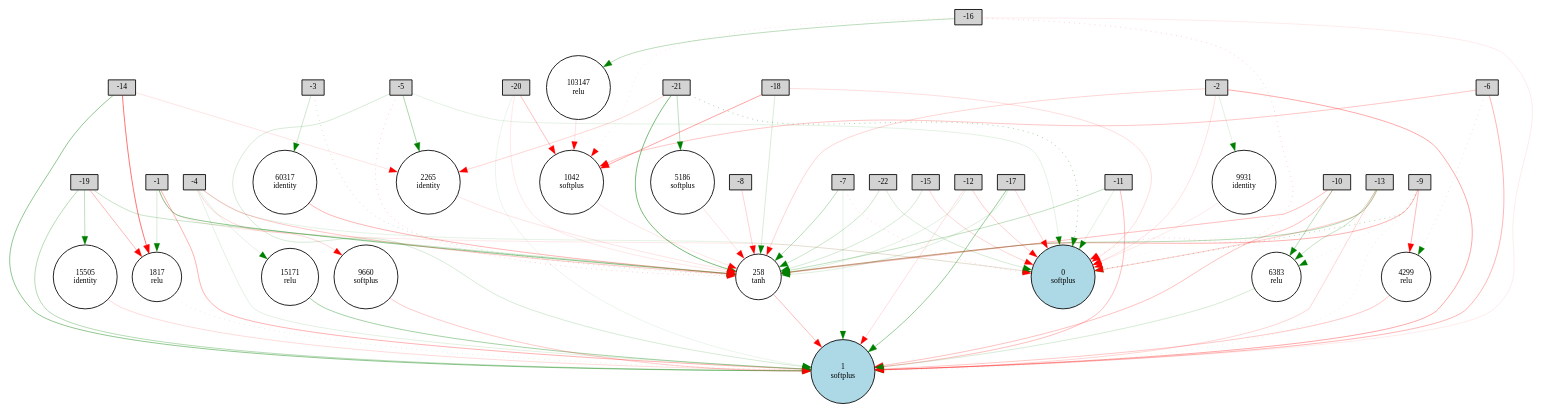
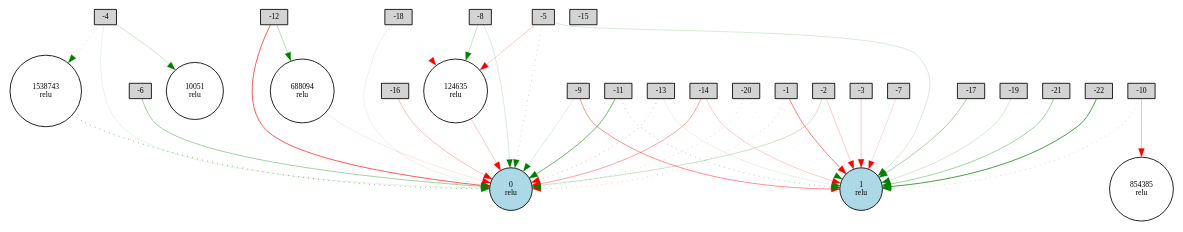
Before and after one commit to winatawelly/skripsi: the diagram in code/Digraph.gv, drawn with Graphviz. The commit also changed 35 other files, not shown here.

```diff
--- a/code/Digraph.gv
+++ b/code/Digraph.gv
@@ -1,141 +1,78 @@
 digraph {
 	node [fontsize=9 height=0.2 shape=circle width=0.2]
 	A [label=-1 fillcolor=lightgray shape=box style=filled]
 	B [label=-2 fillcolor=lightgray shape=box style=filled]
 	-3 [label=-3 fillcolor=lightgray shape=box style=filled]
 	-4 [label=-4 fillcolor=lightgray shape=box style=filled]
 	-5 [label=-5 fillcolor=lightgray shape=box style=filled]
 	-6 [label=-6 fillcolor=lightgray shape=box style=filled]
 	-7 [label=-7 fillcolor=lightgray shape=box style=filled]
 	-8 [label=-8 fillcolor=lightgray shape=box style=filled]
 	-9 [label=-9 fillcolor=lightgray shape=box style=filled]
 	-10 [label=-10 fillcolor=lightgray shape=box style=filled]
 	-11 [label=-11 fillcolor=lightgray shape=box style=filled]
 	-12 [label=-12 fillcolor=lightgray shape=box style=filled]
 	-13 [label=-13 fillcolor=lightgray shape=box style=filled]
 	-14 [label=-14 fillcolor=lightgray shape=box style=filled]
 	-15 [label=-15 fillcolor=lightgray shape=box style=filled]
 	-16 [label=-16 fillcolor=lightgray shape=box style=filled]
 	-17 [label=-17 fillcolor=lightgray shape=box style=filled]
 	-18 [label=-18 fillcolor=lightgray shape=box style=filled]
 	-19 [label=-19 fillcolor=lightgray shape=box style=filled]
 	-20 [label=-20 fillcolor=lightgray shape=box style=filled]
 	-21 [label=-21 fillcolor=lightgray shape=box style=filled]
 	-22 [label=-22 fillcolor=lightgray shape=box style=filled]
 	"A XOR B" [label="0
-softplus" fillcolor=lightblue style=filled]
+relu" fillcolor=lightblue style=filled]
 	1 [label="1
-softplus" fillcolor=lightblue style=filled]
-	258 [label="258
-tanh" fillcolor=white style=filled]
-	5186 [label="5186
-softplus" fillcolor=white style=filled]
-	2265 [label="2265
-identity" fillcolor=white style=filled]
-	15171 [label="15171
+relu" fillcolor=lightblue style=filled]
+	10051 [label="10051
 relu" fillcolor=white style=filled]
-	4299 [label="4299
+	854385 [label="854385
 relu" fillcolor=white style=filled]
-	9931 [label="9931
-identity" fillcolor=white style=filled]
-	103147 [label="103147
+	1538743 [label="1538743
 relu" fillcolor=white style=filled]
-	6383 [label="6383
+	124635 [label="124635
 relu" fillcolor=white style=filled]
-	15505 [label="15505
-identity" fillcolor=white style=filled]
-	1042 [label="1042
-softplus" fillcolor=white style=filled]
-	1817 [label="1817
+	688094 [label="688094
 relu" fillcolor=white style=filled]
-	9660 [label="9660
-softplus" fillcolor=white style=filled]
-	60317 [label="60317
-identity" fillcolor=white style=filled]
-	-10 -> "A XOR B" [color=red penwidth=0.11422329236710461 style=dotted]
-	-18 -> "A XOR B" [color=red penwidth=0.1624012376845564 style=solid]
-	-12 -> 258 [color=green penwidth=0.14300324413208818 style=solid]
-	-9 -> 258 [color=red penwidth=0.3627232874594861 style=solid]
-	-12 -> "A XOR B" [color=red penwidth=0.22745437782277397 style=solid]
-	-22 -> "A XOR B" [color=green penwidth=0.1918356564377236 style=solid]
-	-5 -> 1 [color=green penwidth=0.18636498037080906 style=solid]
-	A -> "A XOR B" [color=red penwidth=0.10597807123718175 style=solid]
-	-6 -> 1 [color=red penwidth=0.3373299191223935 style=solid]
-	-14 -> 1 [color=green penwidth=0.5128916395307542 style=solid]
-	-9 -> 1 [color=green penwidth=0.13746836989077385 style=dotted]
-	-15 -> "A XOR B" [color=red penwidth=0.19765664653137288 style=solid]
-	-17 -> "A XOR B" [color=red penwidth=0.19098022644435092 style=solid]
-	-18 -> 258 [color=green penwidth=0.1783095911388061 style=solid]
-	-7 -> 1 [color=green penwidth=0.13643539214520758 style=solid]
-	-22 -> 258 [color=green penwidth=0.2393533862855512 style=solid]
-	-16 -> 1 [color=red penwidth=0.10081621480621512 style=solid]
-	-17 -> 1 [color=green penwidth=0.4705233659966376 style=solid]
-	-4 -> 1 [color=green penwidth=0.14051362812225465 style=solid]
-	-9 -> "A XOR B" [color=green penwidth=0.4056211115364057 style=dotted]
-	-19 -> 1 [color=green penwidth=0.3368346287333135 style=solid]
-	-11 -> 1 [color=red penwidth=0.30079348851148546 style=solid]
-	-21 -> 258 [color=green penwidth=0.622753820811408 style=solid]
-	-21 -> "A XOR B" [color=green penwidth=0.4689927215261761 style=dotted]
-	-7 -> 258 [color=green penwidth=0.3161361575366691 style=solid]
-	A -> 1 [color=red penwidth=0.3642727762463811 style=solid]
-	-15 -> 258 [color=green penwidth=0.20034582310605634 style=solid]
-	-10 -> 1 [color=red penwidth=0.2910527418711341 style=solid]
-	B -> 1 [color=red penwidth=0.4022171227586585 style=solid]
-	-5 -> "A XOR B" [color=green penwidth=0.13165564348290004 style=solid]
-	-3 -> 258 [color=green penwidth=0.264915692012074 style=dotted]
-	-13 -> "A XOR B" [color=red penwidth=0.23604211206842482 style=solid]
-	-8 -> 258 [color=red penwidth=0.21113002466090616 style=solid]
-	-13 -> 1 [color=red penwidth=0.20101840843813618 style=solid]
-	-20 -> 1 [color=green penwidth=0.1035798294932492 style=solid]
-	-11 -> 258 [color=green penwidth=0.28989935946531903 style=solid]
-	B -> 258 [color=red penwidth=0.203370139137531 style=solid]
-	B -> "A XOR B" [color=red penwidth=0.13993382205185517 style=solid]
-	-16 -> "A XOR B" [color=red penwidth=0.22901265001958346 style=dotted]
-	-11 -> "A XOR B" [color=green penwidth=0.14456968335288767 style=solid]
-	-12 -> 1 [color=red penwidth=0.1559692484804835 style=solid]
-	-19 -> 258 [color=green penwidth=0.2630107795854978 style=solid]
-	258 -> 1 [color=red penwidth=0.323337069852601 style=solid]
-	-20 -> 258 [color=red penwidth=0.11414397824615102 style=solid]
-	-17 -> 258 [color=green penwidth=0.15558981477163675 style=solid]
-	-4 -> "A XOR B" [color=green penwidth=0.13178276357957958 style=solid]
-	-5 -> 258 [color=red penwidth=0.24919420855090144 style=dotted]
-	-7 -> "A XOR B" [color=red penwidth=0.22021299453020876 style=dotted]
-	-18 -> 1042 [color=red penwidth=0.42759014799306516 style=solid]
-	1042 -> 258 [color=red penwidth=0.11634276461107879 style=solid]
-	-14 -> 1817 [color=red penwidth=0.6425935233104593 style=solid]
-	1817 -> 1 [color=green penwidth=0.1639676038095167 style=dotted]
-	-6 -> 1042 [color=red penwidth=0.2718347132501986 style=solid]
-	-5 -> 2265 [color=green penwidth=0.3787121344694033 style=solid]
-	2265 -> 258 [color=red penwidth=0.12911562012049185 style=solid]
-	-19 -> 1817 [color=red penwidth=0.334300931319895 style=solid]
-	-4 -> 258 [color=red penwidth=0.2654676760300836 style=solid]
-	-6 -> 4299 [color=green penwidth=0.1801788583501423 style=dotted]
-	4299 -> 1 [color=red penwidth=0.25959248455719625 style=solid]
-	-20 -> 1042 [color=red penwidth=0.29252866728866644 style=solid]
-	-21 -> 5186 [color=green penwidth=0.2968903484211539 style=solid]
-	5186 -> 258 [color=red penwidth=0.13780083948257776 style=solid]
-	-9 -> 4299 [color=red penwidth=0.32446584533172806 style=solid]
-	-13 -> 258 [color=green penwidth=0.33721615575741115 style=solid]
-	-9 -> 6383 [color=green penwidth=0.1319646453067867 style=dotted]
-	6383 -> 1 [color=green penwidth=0.18621681570480347 style=solid]
-	-16 -> 1042 [color=red penwidth=0.1401842717976979 style=dotted]
-	-10 -> 258 [color=red penwidth=0.3148116500548225 style=solid]
-	A -> 1817 [color=green penwidth=0.17525067103175712 style=solid]
-	-4 -> 9660 [color=red penwidth=0.19060708562231732 style=solid]
-	9660 -> 1 [color=red penwidth=0.2472227892217481 style=solid]
-	B -> 9931 [color=green penwidth=0.1407865755551366 style=solid]
-	9931 -> "A XOR B" [color=red penwidth=0.11343402908297845 style=solid]
-	A -> 258 [color=green penwidth=0.5183881752278274 style=solid]
-	-14 -> 2265 [color=red penwidth=0.1281159160878667 style=solid]
-	-21 -> 2265 [color=red penwidth=0.20058902822856112 style=solid]
-	-4 -> 15171 [color=green penwidth=0.12673408739441933 style=solid]
-	15171 -> 1 [color=green penwidth=0.42074029714970507 style=solid]
-	-19 -> 15505 [color=green penwidth=0.31123453733990303 style=solid]
-	15505 -> 1 [color=red penwidth=0.17289277852628246 style=solid]
-	-3 -> 60317 [color=green penwidth=0.22533131066643305 style=solid]
-	60317 -> 258 [color=red penwidth=0.3358319701197987 style=solid]
-	-10 -> 6383 [color=green penwidth=0.3197356760044596 style=solid]
-	-13 -> 6383 [color=green penwidth=0.2671735878596855 style=solid]
-	-16 -> 103147 [color=green penwidth=0.3197296209227874 style=solid]
-	103147 -> 1042 [color=red penwidth=0.12967422791510047 style=solid]
+	-20 -> "A XOR B" [color=green penwidth=0.27573611697682476 style=dotted]
+	-13 -> "A XOR B" [color=red penwidth=0.423797793093593 style=dotted]
+	-12 -> "A XOR B" [color=red penwidth=0.7666019499684178 style=solid]
+	B -> 1 [color=red penwidth=0.24885878086333357 style=solid]
+	-8 -> "A XOR B" [color=green penwidth=0.17946127278682966 style=solid]
+	-5 -> 1 [color=green penwidth=0.18850544234453998 style=solid]
+	A -> 1 [color=red penwidth=0.6026462844220042 style=solid]
+	-22 -> 1 [color=green penwidth=0.8597790269715105 style=solid]
+	-5 -> "A XOR B" [color=green penwidth=0.35603888375413484 style=dotted]
+	-16 -> "A XOR B" [color=red penwidth=0.31667024790855397 style=solid]
+	A -> "A XOR B" [color=red penwidth=0.33365123491782256 style=dotted]
+	-6 -> "A XOR B" [color=green penwidth=0.4333768052174155 style=solid]
+	-14 -> 1 [color=red penwidth=0.23969772222224697 style=solid]
+	-10 -> 1 [color=green penwidth=0.2653563726324544 style=dotted]
+	-7 -> 1 [color=red penwidth=0.17738967023410668 style=solid]
+	-9 -> "A XOR B" [color=green penwidth=0.16692269747354274 style=solid]
+	B -> "A XOR B" [color=green penwidth=0.2736595516165684 style=solid]
+	-11 -> "A XOR B" [color=green penwidth=0.6683689777535323 style=solid]
+	-14 -> "A XOR B" [color=red penwidth=0.44096921309904213 style=solid]
+	-3 -> 1 [color=red penwidth=0.2618062791863026 style=solid]
+	-4 -> "A XOR B" [color=green penwidth=0.11510340903304785 style=solid]
+	-9 -> 1 [color=red penwidth=0.5249096726412488 style=solid]
+	-20 -> 1 [color=green penwidth=0.1600938634666329 style=dotted]
+	-19 -> 1 [color=green penwidth=0.21111005387739668 style=solid]
+	-17 -> 1 [color=green penwidth=0.40932281789636105 style=solid]
+	-13 -> 1 [color=green penwidth=0.12928582403235273 style=solid]
+	-18 -> "A XOR B" [color=green penwidth=0.11817206930077209 style=solid]
+	-11 -> 1 [color=green penwidth=0.455888779568989 style=dotted]
+	-4 -> 10051 [color=green penwidth=0.23693271200788366 style=solid]
+	-21 -> 1 [color=green penwidth=0.42375845473337614 style=solid]
+	-8 -> 124635 [color=green penwidth=0.2543585014480717 style=solid]
+	124635 -> "A XOR B" [color=red penwidth=0.27129834224793226 style=solid]
+	-12 -> 688094 [color=green penwidth=0.31319863596433895 style=solid]
+	688094 -> "A XOR B" [color=red penwidth=0.13320183955867232 style=solid]
+	-10 -> 854385 [color=red penwidth=0.31157940958201247 style=solid]
+	-4 -> 1538743 [color=green penwidth=0.25009188426635454 style=dotted]
+	1538743 -> "A XOR B" [color=green penwidth=0.6473139586434512 style=dotted]
+	-5 -> 124635 [color=red penwidth=0.24024399677290753 style=solid]
+	-18 -> 124635 [color=red penwidth=0.15868084434145716 style=dotted]
 }
```
